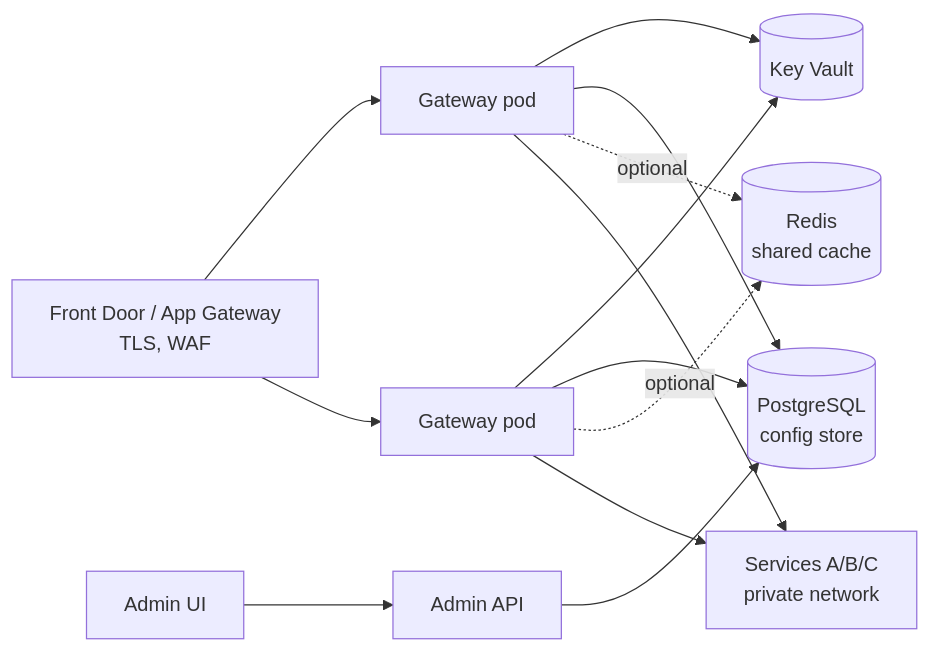
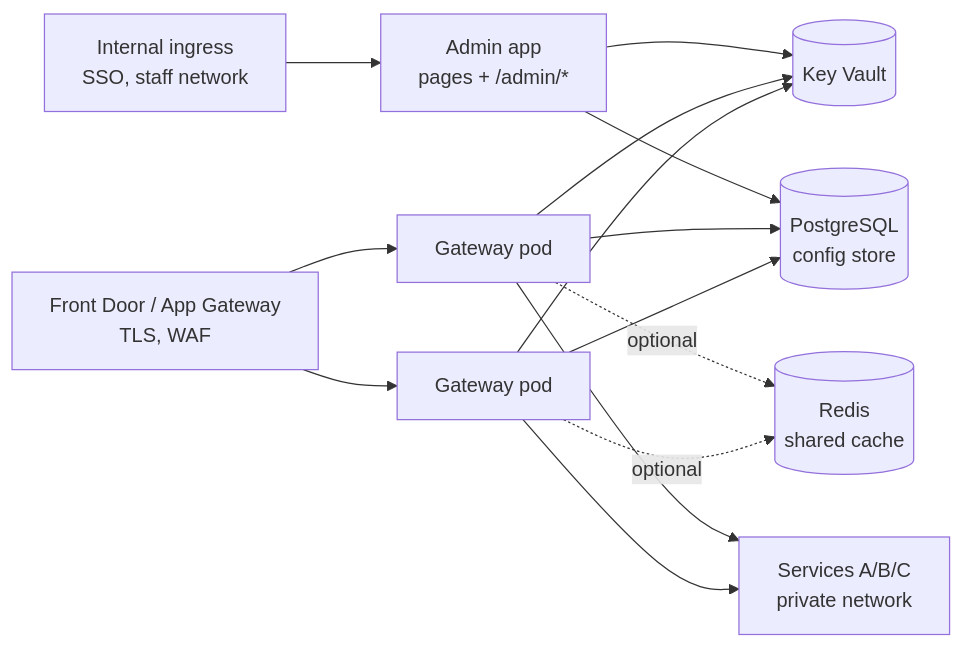
Before and after one commit to chathudan/api-aggregateerror: the diagram in docs/architecture/05-operations.md, drawn with Mermaid. The commit also changed other lines of this file and 142 other files, not shown here.

````diff
--- a/docs/architecture/05-operations.md
+++ b/docs/architecture/05-operations.md
@@ -31,11 +31,12 @@
 ```mermaid
 flowchart LR
     FD[Front Door / App Gateway<br/>TLS, WAF] --> GW1[Gateway pod]
     FD --> GW2[Gateway pod]
     GW1 & GW2 --> KV[(Key Vault)]
     GW1 & GW2 --> PG[(PostgreSQL<br/>config store)]
     GW1 & GW2 -.optional.-> RD[(Redis<br/>shared cache)]
-    ADM[Admin API] --> PG
-    UI[Admin UI] --> ADM
+    SSO[Internal ingress<br/>SSO, staff network] --> ADM[Admin app<br/>pages + /admin/*]
+    ADM --> PG
+    ADM --> KV
     GW1 & GW2 --> SVC[Services A/B/C<br/>private network]
 ```
````
